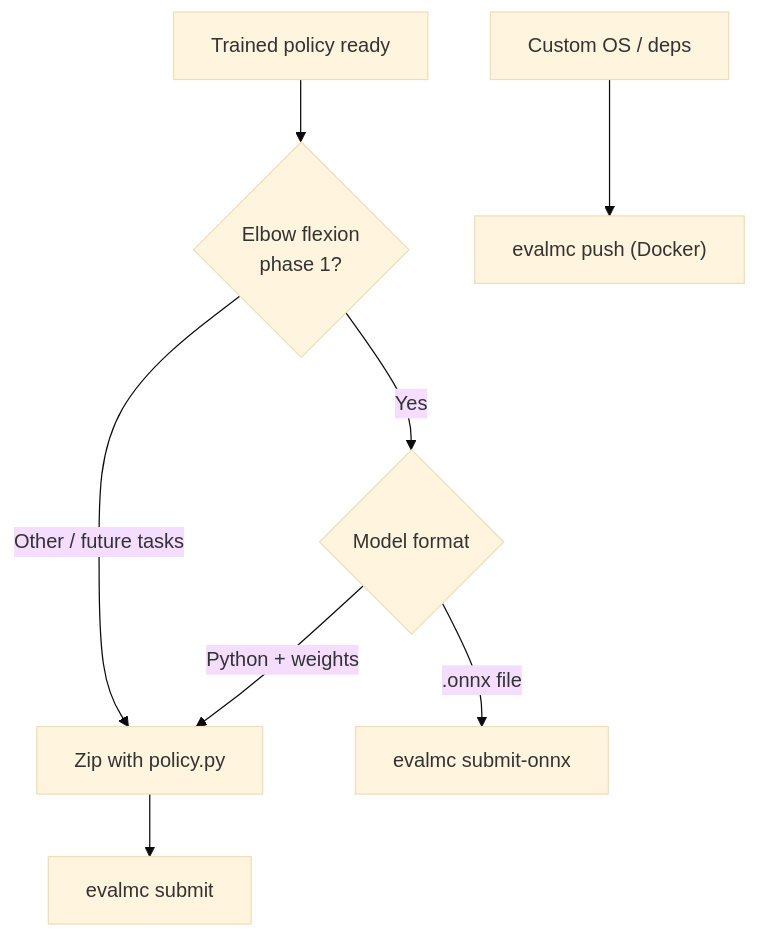
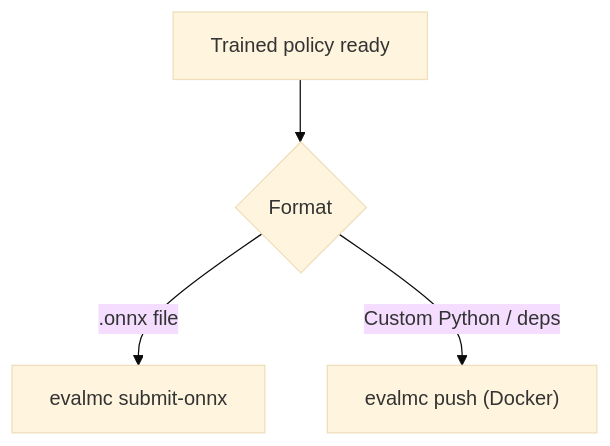
Before and after one commit to MyoHub/mc26eval: the diagram in README.md, drawn with Mermaid (base theme). The commit also changed other lines of this file and 13 other files, not shown here.

First line of the commit message:
Document ONNX and Docker as the only participant submission paths.

````diff
--- a/README.md
+++ b/README.md
@@ -65,10 +83,6 @@
 ```mermaid
 flowchart TD
-  A[Trained policy ready] --> B{Elbow flexion<br/>phase 1?}
-  B -->|Yes| C{Model format}
-  B -->|Other / future tasks| D[Zip with policy.py]
-  C -->|.onnx file| E["evalmc submit-onnx"]
-  C -->|Python + weights| D
-  D --> F["evalmc submit"]
-  G[Custom OS / deps] --> H["evalmc push (Docker)"]
+  A[Trained policy ready] --> B{Format}
+  B -->|.onnx file| E["evalmc submit-onnx"]
+  B -->|Custom Python / deps| H["evalmc push (Docker)"]
 ```
````
